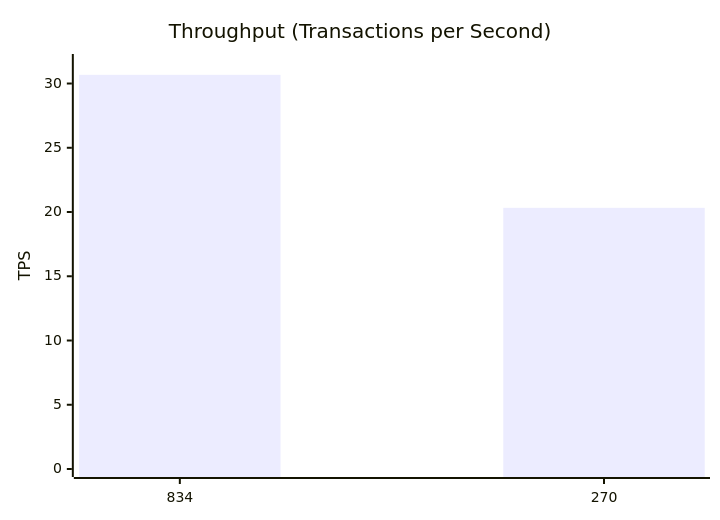
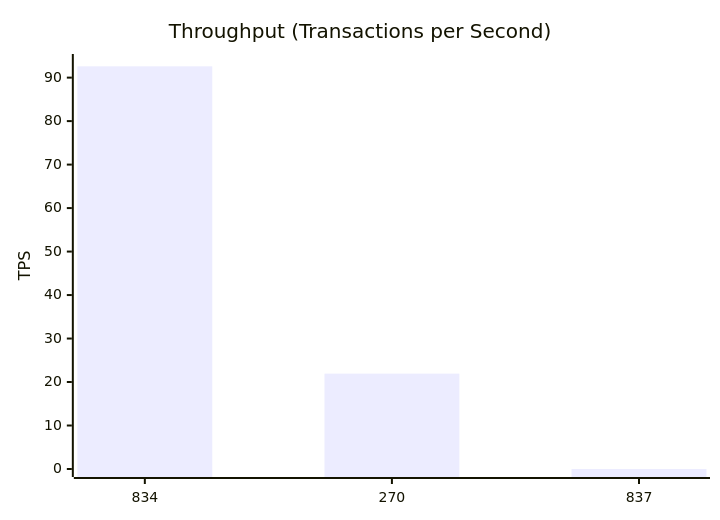
One commit to dhagan-va/intern-2025 changed the second of 10 diagrams in test-tools/DataGen/src/Statistics_Visualizer.md. Above: the diagram before and after it, drawn with Mermaid. The commit also changed other lines of this file and 3 other files, not shown here.

````diff
--- a/test-tools/DataGen/src/Statistics_Visualizer.md
+++ b/test-tools/DataGen/src/Statistics_Visualizer.md
@@ -27,7 +27,7 @@
 ```mermaid
 xychart-beta
     title "Throughput (Transactions per Second)"
-    x-axis ["834", "270"]
-    y-axis "TPS" 0 --> 31.674658437678296
-    bar [30.674658437678296, 20.32520325203252]
+    x-axis ["834", "270", "837"]
+    y-axis "TPS" 0 --> 93.5925925925926
+    bar [92.5925925925926, 21.929824561403507, 0.0]
 ```
````
